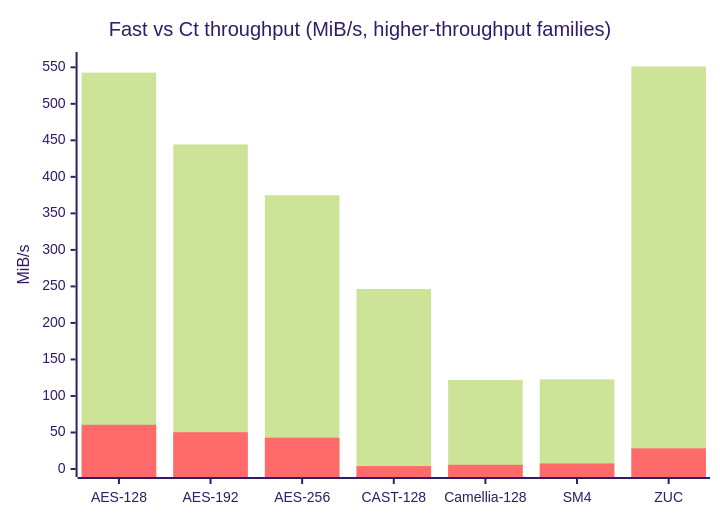
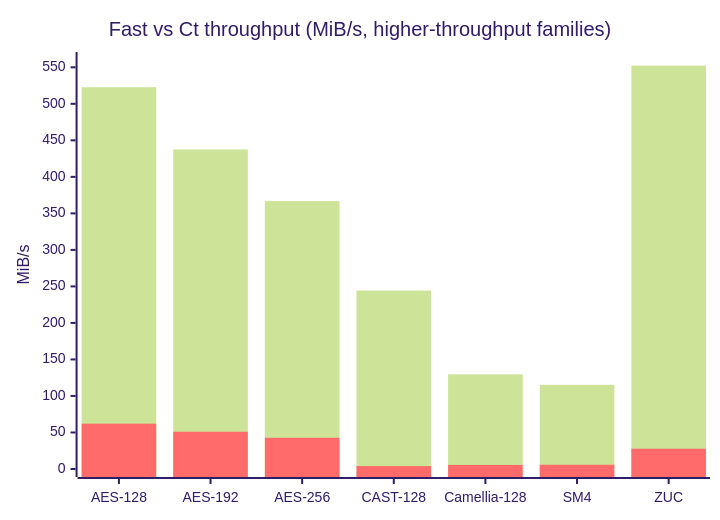
Before and after one commit to darrelllong/cryptography: the first of 3 diagrams in ANALYSIS.md, drawn with Mermaid (forest theme). The commit also changed other lines of this file and 34 other files, not shown here.

````diff
--- a/ANALYSIS.md
+++ b/ANALYSIS.md
@@ -817,8 +821,8 @@
 ```mermaid
 xychart-beta
     title "Fast vs Ct throughput (MiB/s, higher-throughput families)"
     x-axis ["AES-128", "AES-192", "AES-256", "CAST-128", "Camellia-128", "SM4", "ZUC"]
     y-axis "MiB/s" 0 --> 560
-    bar [542.7, 444.4, 374.8, 246.5, 121.9, 122.7, 551.1]
-    bar [60.6, 50.4, 42.9, 4.0, 5.8, 7.6, 28.3]
+    bar [522.7, 437.5, 366.8, 244.3, 129.6, 115.2, 552.3]
+    bar [62.1, 51.0, 42.8, 4.0, 5.6, 5.8, 27.8]
 ```
````
